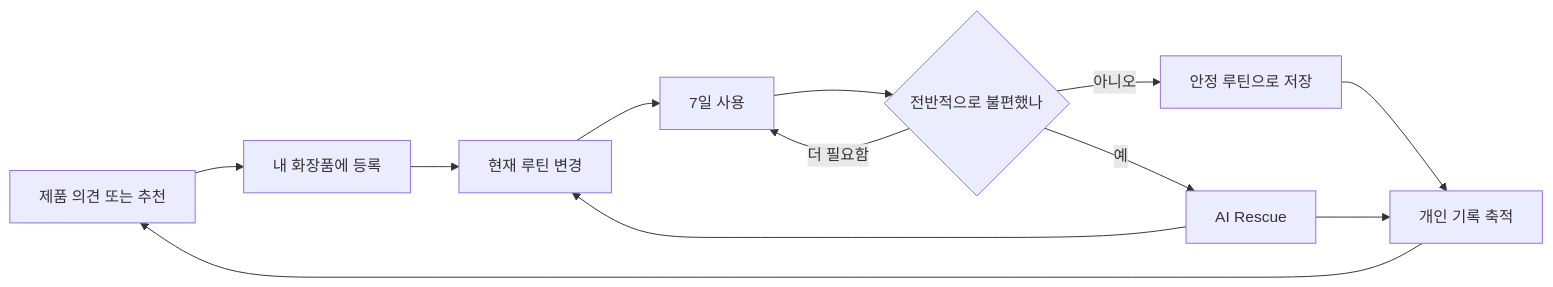
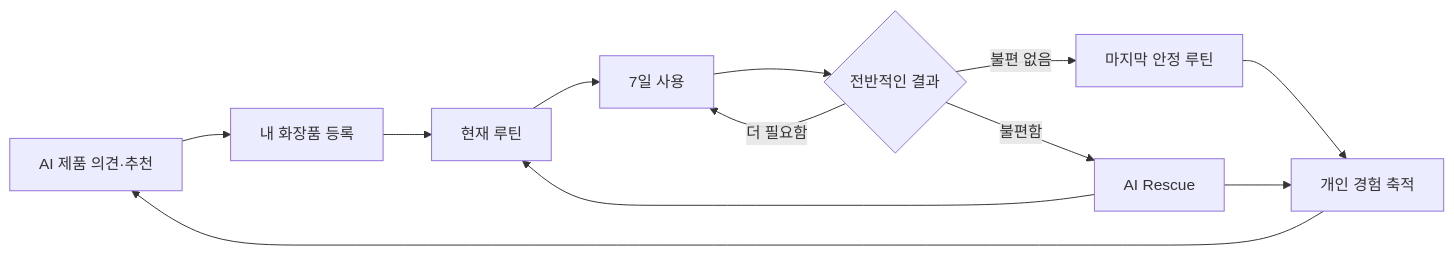
Before and after one commit to Sehoon-Jeong/app: the first of 2 diagrams in docs/01-product-brief.md, drawn with Mermaid. The commit also changed other lines of this file and 8 other files, not shown here.

````diff
--- a/docs/01-product-brief.md
+++ b/docs/01-product-brief.md
@@ -29,14 +48,14 @@
 ```mermaid
 flowchart LR
-  A[제품 의견 또는 추천] --> B[내 화장품에 등록]
-  B --> C[현재 루틴 변경]
+  A[AI 제품 의견·추천] --> B[내 화장품 등록]
+  B --> C[현재 루틴]
   C --> D[7일 사용]
-  D --> E{전반적으로 불편했나}
-  E -- 아니오 --> F[안정 루틴으로 저장]
-  E -- 예 --> G[AI Rescue]
+  D --> E{전반적인 결과}
+  E -- 불편 없음 --> F[마지막 안정 루틴]
+  E -- 불편함 --> G[AI Rescue]
   E -- 더 필요함 --> D
   G --> C
-  F --> H[개인 기록 축적]
+  F --> H[개인 경험 축적]
   G --> H
   H --> A
 ```
````
